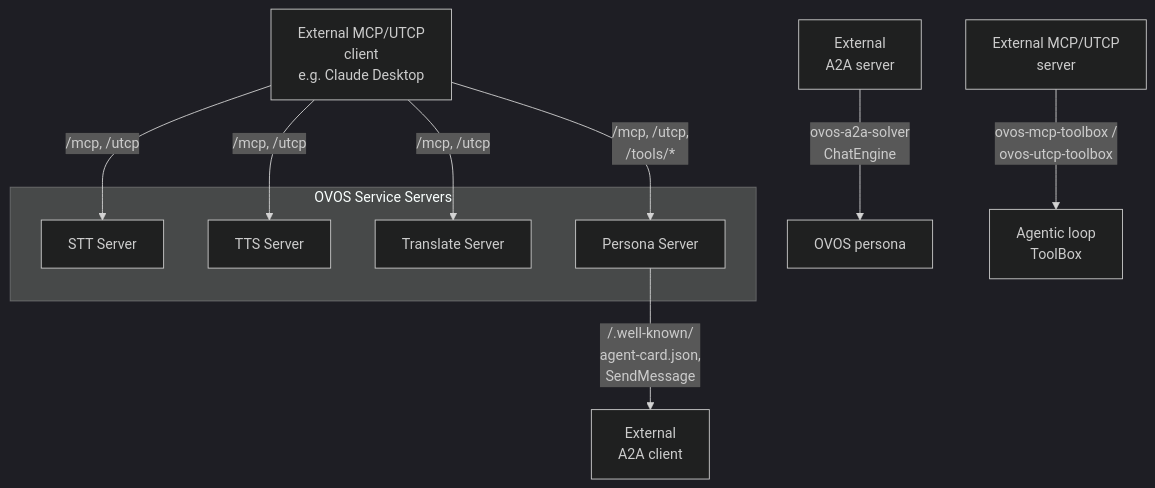
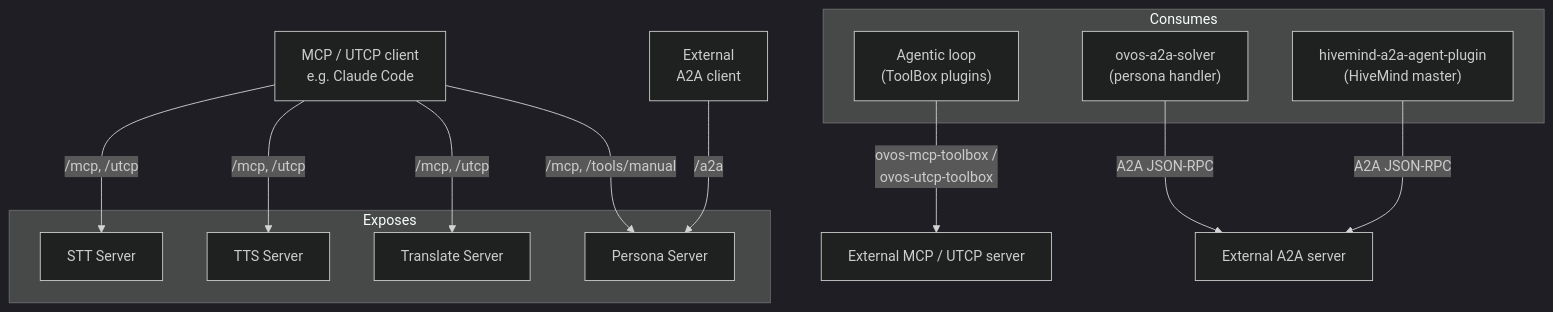
Before and after one commit to OpenVoiceOS/beta-technical-manual: the diagram in docs/agent-interop.md, drawn with Mermaid (dark theme). The commit also changed other lines of this file and 7 other files, not shown here.

First line of the commit message:
docs: agent interop page answers what OVOS exposes and consumes

````diff
--- a/docs/agent-interop.md
+++ b/docs/agent-interop.md
@@ -8,16 +18,22 @@
 ```mermaid
 flowchart TD
-    subgraph OVOS Service Servers
+    subgraph Exposes
         STT[STT Server]
         TTS[TTS Server]
         TX[Translate Server]
         PS[Persona Server]
     end
-    Ext["External MCP/UTCP<br/>client<br/>e.g. Claude Desktop"] -->|/mcp, /utcp| STT
-    Ext -->|/mcp, /utcp| TTS
-    Ext -->|/mcp, /utcp| TX
-    Ext -->|"/mcp, /utcp,<br/>/tools/*"| PS
-    PS -->|"/.well-known/<br/>agent-card.json,<br/>SendMessage"| A2AClient["External<br/>A2A client"]
-    ExtA2A["External<br/>A2A server"] -->|"ovos-a2a-solver<br/>ChatEngine"| Persona[OVOS persona]
-    ExtMCP["External MCP/UTCP<br/>server"] -->|"ovos-mcp-toolbox /<br/>ovos-utcp-toolbox"| Loop["Agentic loop<br/>ToolBox"]
+    Ext["MCP / UTCP client<br/>e.g. Claude Code"] -->|"/mcp, /utcp"| STT
+    Ext -->|"/mcp, /utcp"| TTS
+    Ext -->|"/mcp, /utcp"| TX
+    Ext -->|"/mcp, /tools/manual"| PS
+    A2AClient["External<br/>A2A client"] -->|"/a2a"| PS
+    subgraph Consumes
+        Loop["Agentic loop<br/>(ToolBox plugins)"]
+        Solver["ovos-a2a-solver<br/>(persona handler)"]
+        HM["hivemind-a2a-agent-plugin<br/>(HiveMind master)"]
+    end
+    Loop -->|"ovos-mcp-toolbox /<br/>ovos-utcp-toolbox"| ExtTools["External MCP / UTCP server"]
+    Solver -->|"A2A JSON-RPC"| ExtA2A["External A2A server"]
+    HM -->|"A2A JSON-RPC"| ExtA2A
 ```
````
